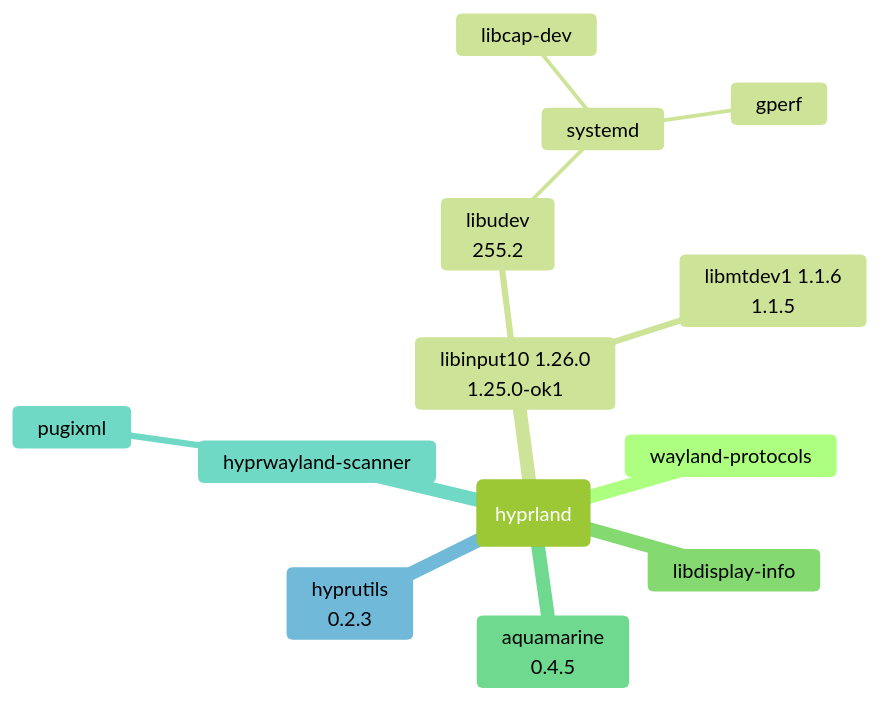
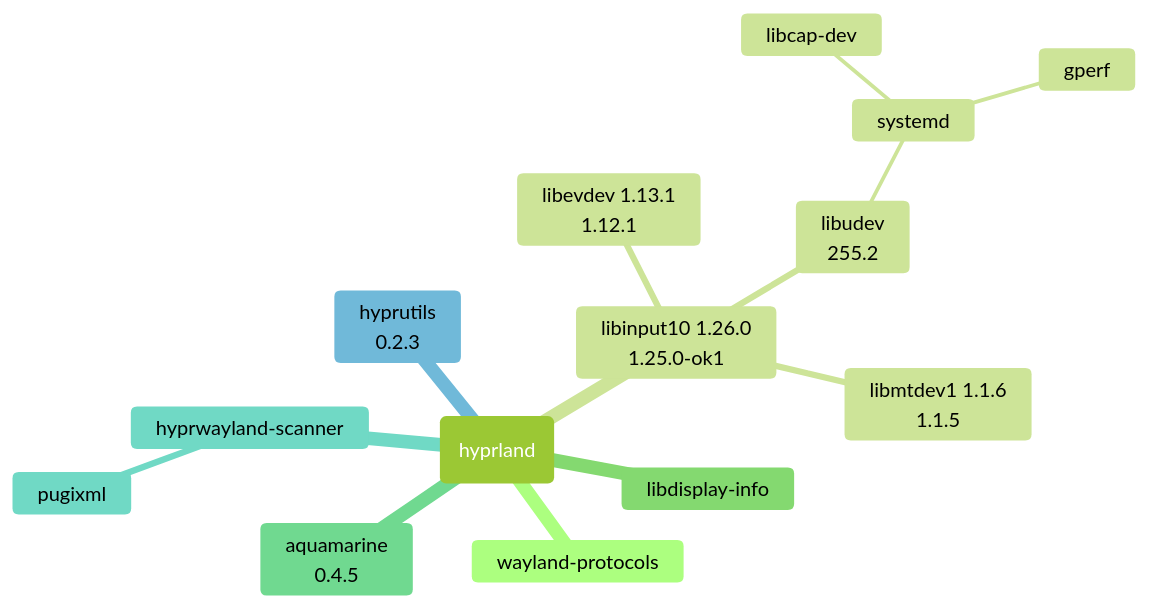
Before and after one commit to lucmann/lucmann.github.io: the diagram in source/_posts/lnx/ok.md, drawn with Mermaid (forest theme). The commit also changed 1 other file, not shown here.

Commit message:
utils: autoconf

````diff
--- a/source/_posts/lnx/ok.md
+++ b/source/_posts/lnx/ok.md
@@ -558,16 +558,17 @@
 ```mermaid
 mindmap
   root(hyprland)
     wayland-protocols
     libinput10 1.26.0<br>1.25.0-ok1
       libudev<br>255.2
         systemd
           libcap-dev
           gperf
       libmtdev1 1.1.6<br>1.1.5
+      libevdev 1.13.1<br>1.12.1
     libdisplay-info
     aquamarine<br>0.4.5
     hyprwayland-scanner
       pugixml
     hyprutils<br>0.2.3
 ```
````
